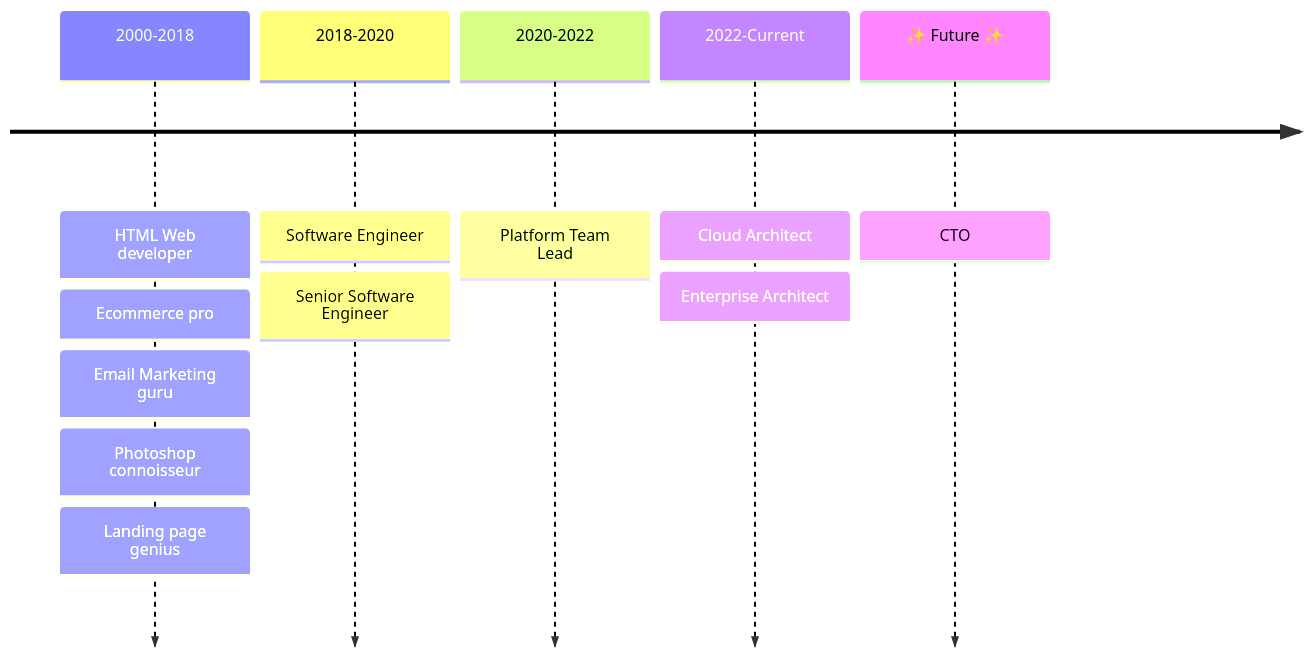
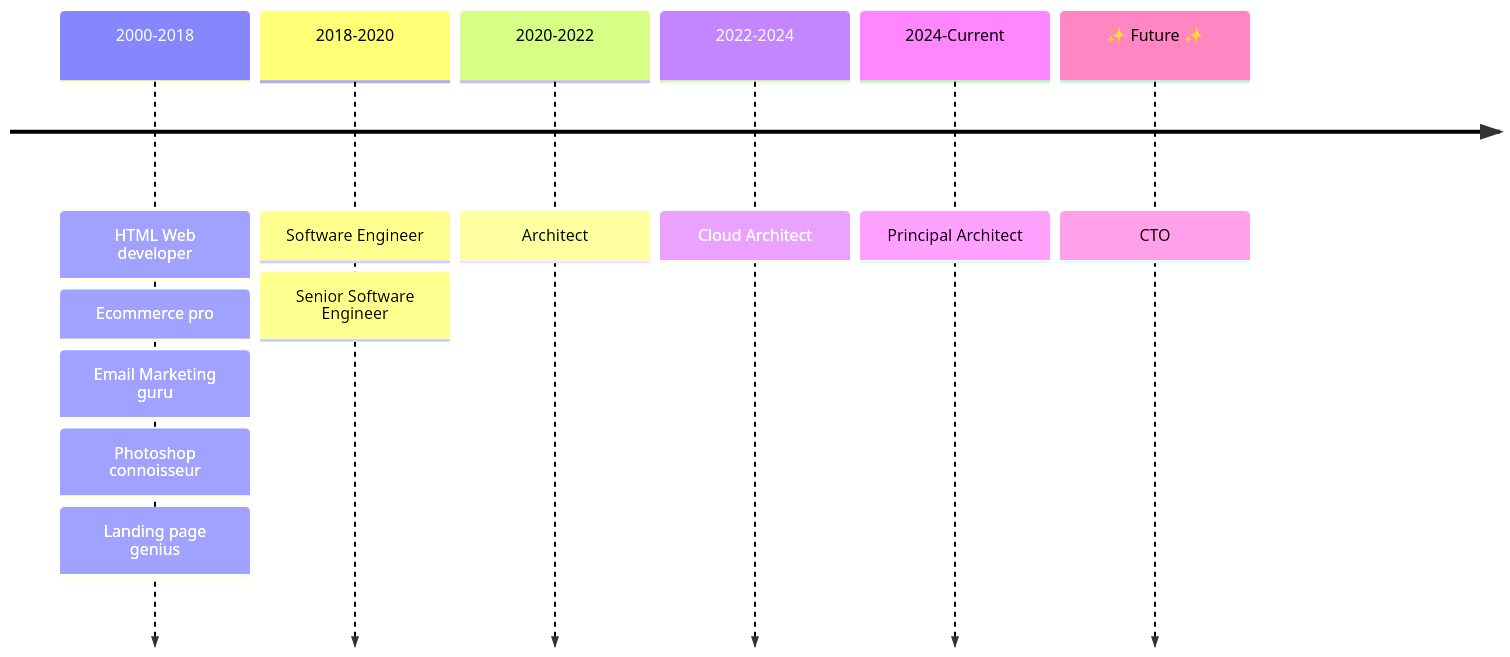
One commit to leenattress/leenattress changed the second of 2 diagrams in README.md. Above: the diagram before and after it, drawn with Mermaid. The commit also changed other lines of this file, not shown here.

````diff
--- a/README.md
+++ b/README.md
@@ -143,15 +151,15 @@
 ```mermaid
 timeline
     2000-2018    : HTML Web developer
                  : Ecommerce pro
                  : Email Marketing guru
                  : Photoshop connoisseur
                  : Landing page genius
     2018-2020    : Software Engineer
                  : Senior Software Engineer
-    2020-2022    : Platform Team Lead
-    2022-Current : Cloud Architect
-                 : Enterprise Architect
+    2020-2022    : Architect
+    2022-2024    : Cloud Architect
+    2024-Current : Principal Architect
     ✨ Future ✨  : CTO 
 
 ```
````
